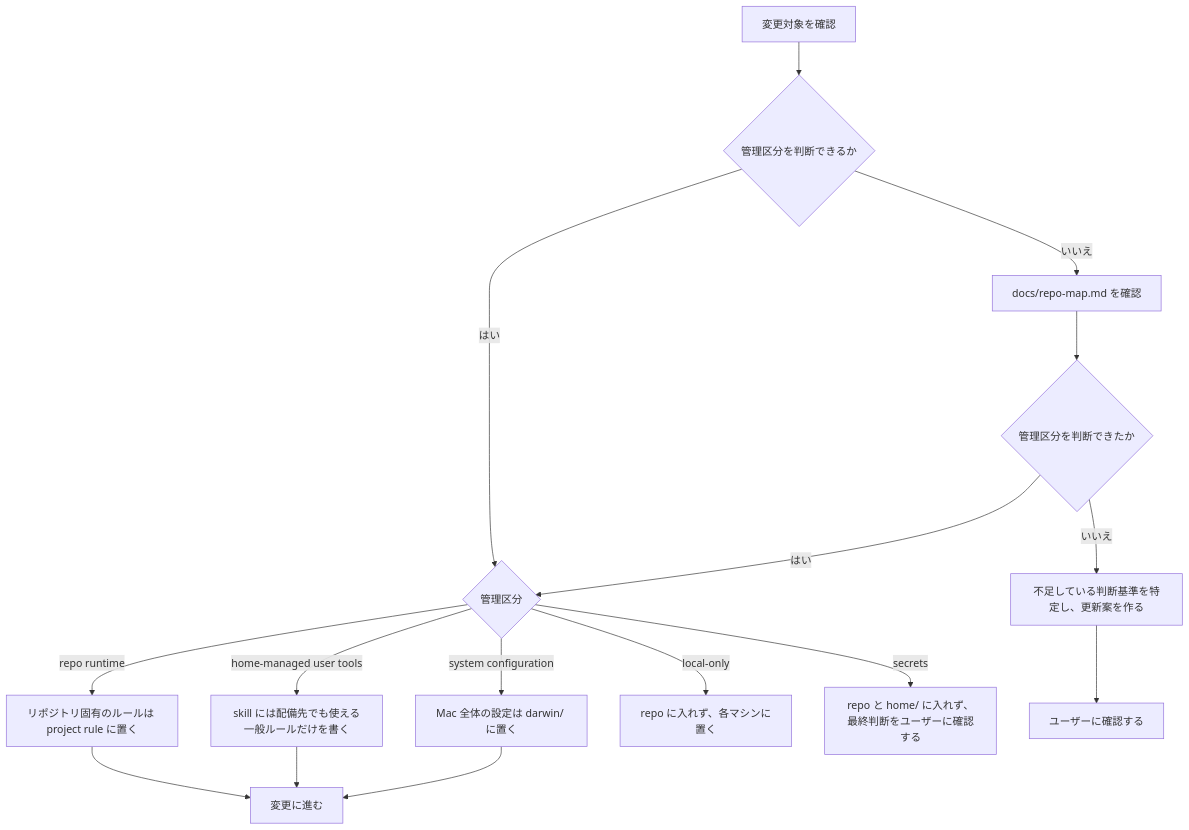
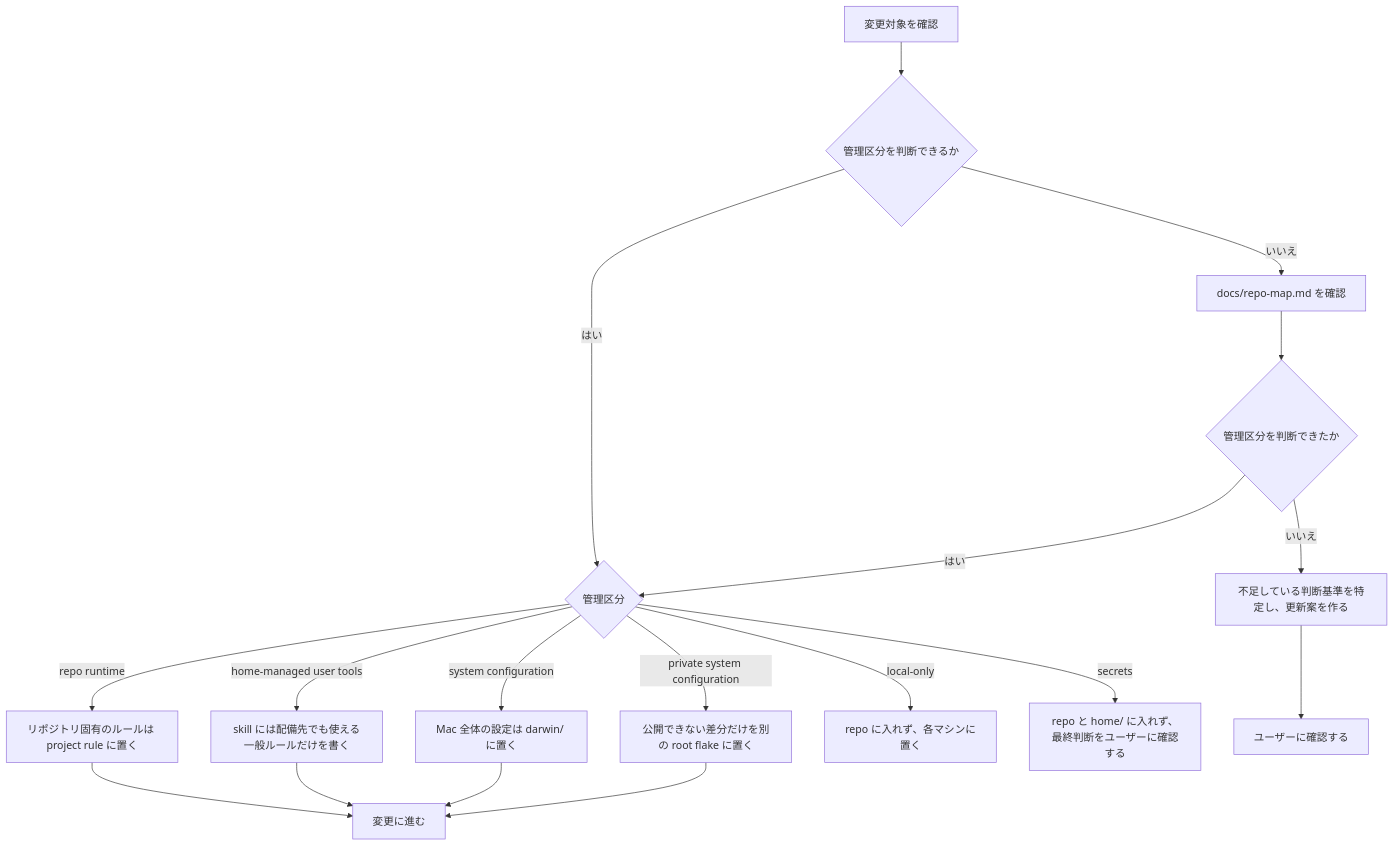
One commit to 9sako6/dotfiles changed the first of 2 diagrams in docs/operations.md. Above: the diagram before and after it, drawn with Mermaid. The commit also changed other lines of this file, not shown here.

````diff
--- a/docs/operations.md
+++ b/docs/operations.md
@@ -9,18 +9,20 @@
 ```mermaid
 flowchart TD
     start["変更対象を確認"] --> known{"管理区分を判断できるか"}
     known -->|"はい"| boundary{"管理区分"}
     known -->|"いいえ"| map["docs/repo-map.md を確認"]
     map --> resolved{"管理区分を判断できたか"}
     resolved -->|"はい"| boundary
     resolved -->|"いいえ"| proposal["不足している判断基準を特定し、更新案を作る"]
     proposal --> ask["ユーザーに確認する"]
     boundary -->|"repo runtime"| repo["リポジトリ固有のルールは project rule に置く"]
     boundary -->|"home-managed user tools"| home["skill には配備先でも使える一般ルールだけを書く"]
     boundary -->|"system configuration"| system["Mac 全体の設定は darwin/ に置く"]
+    boundary -->|"private system configuration"| private["公開できない差分だけを別の root flake に置く"]
     boundary -->|"local-only"| local["repo に入れず、各マシンに置く"]
     boundary -->|"secrets"| secrets["repo と home/ に入れず、最終判断をユーザーに確認する"]
     repo --> change["変更に進む"]
     home --> change
     system --> change
+    private --> change
 ```
````
